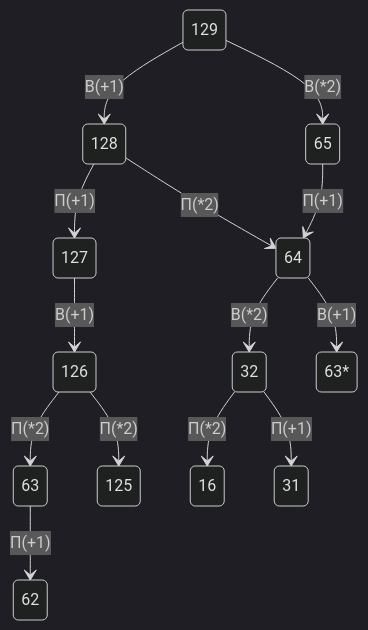
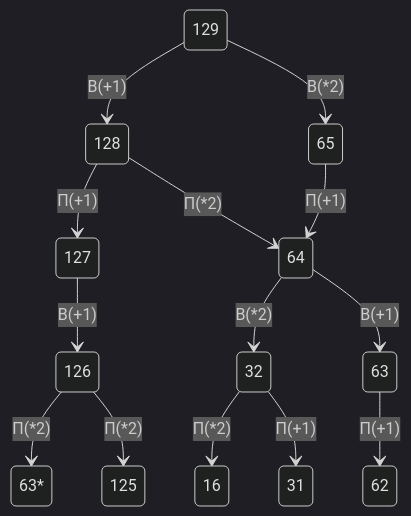
The third of 3 diagrams in answer.md (LostnightRX/repositorii), drawn with Mermaid (dark theme) before and after one commit.

```diff
--- a/answer.md
+++ b/answer.md
@@ -53,16 +53,16 @@
 ~~~mermaid
 stateDiagram-v2
     129 --> 128:В(+1)
     129 --> 65:В(*2)
     128 --> 127:П(+1)
     127 --> 126:В(+1)
     128 --> 64:П(*2)
     65 --> 64:П(+1)
     64 --> 32:В(*2)
-    64 --> 63*:В(+1)
+    64 --> 63:В(+1)
     63 --> 62:П(+1)
     32 --> 16:П(*2)
     32 --> 31:П(+1)
-    126 --> 63:П(*2)
+    126 --> 63*:П(*2)
     126 --> 125:П(*2)
 ~~~
```
